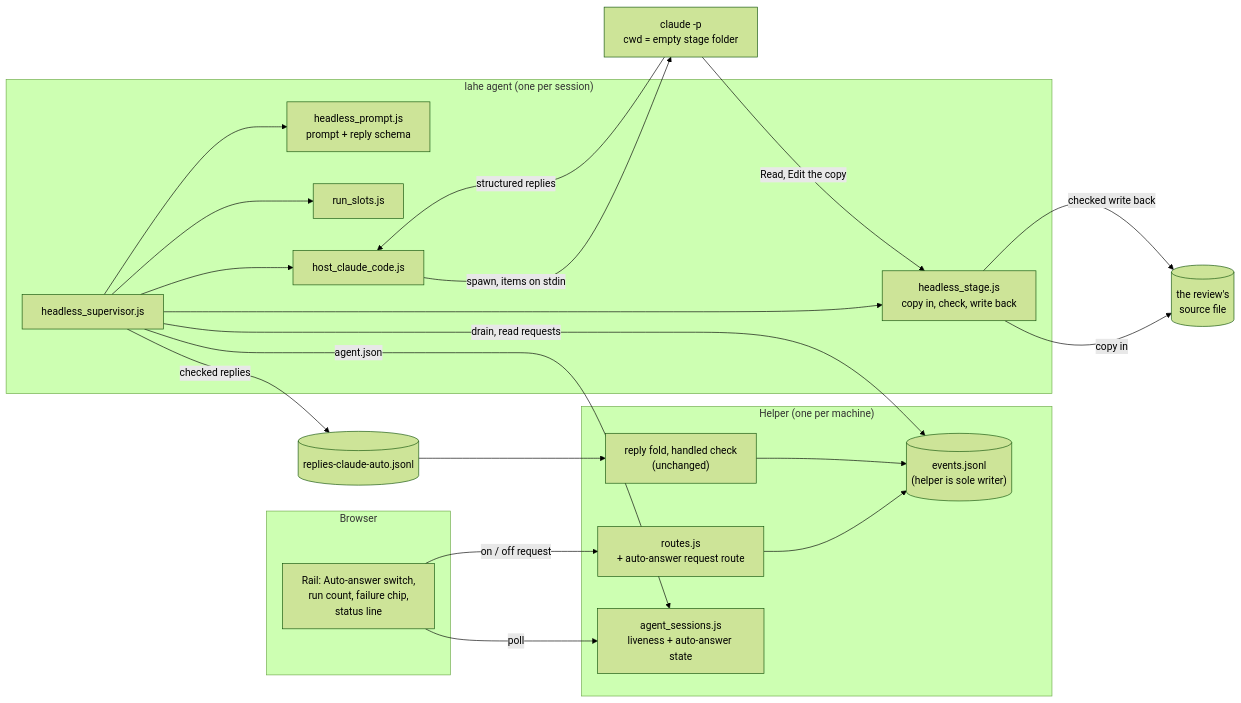
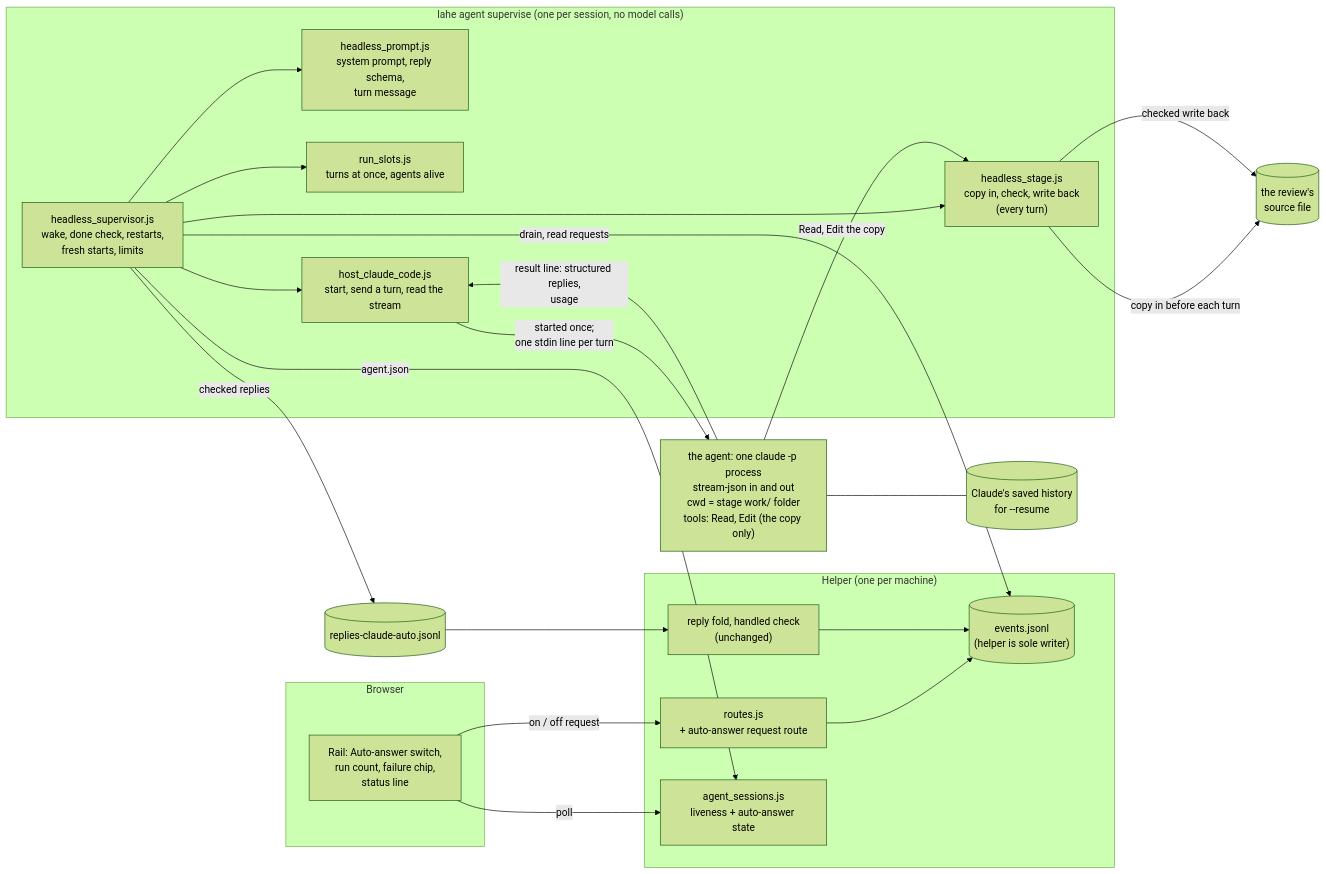
The first of 7 diagrams in docs/features/20260929.01_lahe_agent_sdk/02_architecture_lahe_agent_sdk.md (kenxle/live-agentic-html-editor), drawn with Mermaid (forest theme) before and after one commit. The commit also changed other lines of this file and 2 other files, not shown here.

````diff
--- a/docs/features/20260929.01_lahe_agent_sdk/02_architecture_lahe_agent_sdk.md
+++ b/docs/features/20260929.01_lahe_agent_sdk/02_architecture_lahe_agent_sdk.md
@@ -39,36 +57,39 @@
 ```mermaid
 flowchart LR
   subgraph Browser
     Rail["Rail: Auto-answer switch,<br/>run count, failure chip,<br/>status line"]
   end
   subgraph "Helper (one per machine)"
     Routes["routes.js<br/>+ auto-answer request route"]
     Fold["reply fold, handled check<br/>(unchanged)"]
     Live["agent_sessions.js<br/>liveness + auto-answer state"]
     Log[("events.jsonl<br/>(helper is sole writer)")]
   end
-  subgraph "lahe agent (one per session)"
-    Sup["headless_supervisor.js"]
-    Stage["headless_stage.js<br/>copy in, check, write back"]
-    Prompt["headless_prompt.js<br/>prompt + reply schema"]
-    Slots["run_slots.js"]
-    Host["host_claude_code.js"]
+  subgraph "lahe agent supervise (one per session, no model calls)"
+    Sup["headless_supervisor.js<br/>wake, done check, restarts,<br/>fresh starts, limits"]
+    Stage["headless_stage.js<br/>copy in, check, write back<br/>(every turn)"]
+    Prompt["headless_prompt.js<br/>system prompt, reply schema,<br/>turn message"]
+    Slots["run_slots.js<br/>turns at once, agents alive"]
+    Host["host_claude_code.js<br/>start, send a turn, read the stream"]
   end
-  Claude["claude -p<br/>cwd = empty stage folder"]
+  Claude["the agent: one claude -p process<br/>stream-json in and out<br/>cwd = stage work/ folder<br/>tools: Read, Edit (the copy only)"]
   Src[("the review's<br/>source file")]
   RF[("replies-claude-auto.jsonl")]
+  Hist[("Claude's saved history<br/>for --resume")]
 
   Rail -->|"on / off request"| Routes --> Log
   Rail -->|poll| Live
   Sup -->|"drain, read requests"| Log
   Sup --> Slots
   Sup --> Stage
-  Stage -->|"copy in"| Src
+  Stage -->|"copy in before each turn"| Src
   Sup --> Prompt
-  Sup --> Host -->|"spawn, items on stdin"| Claude
+  Sup --> Host
+  Host -->|"started once;<br/>one stdin line per turn"| Claude
   Claude -->|"Read, Edit the copy"| Stage
-  Claude -->|"structured replies"| Host
+  Claude -->|"result line: structured replies,<br/>usage"| Host
+  Claude --- Hist
   Stage -->|"checked write back"| Src
   Sup -->|"checked replies"| RF --> Fold --> Log
   Sup -->|"agent.json"| Live
 ```
````
